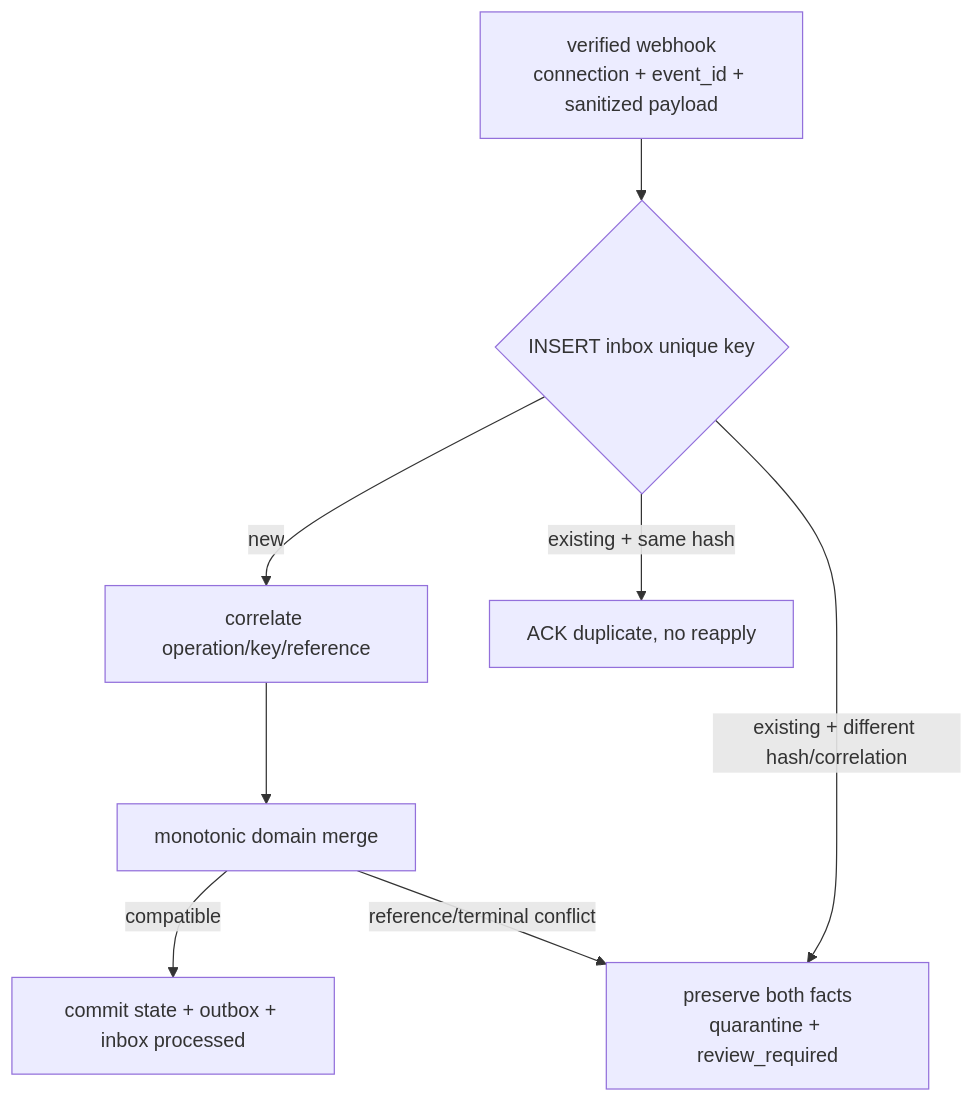
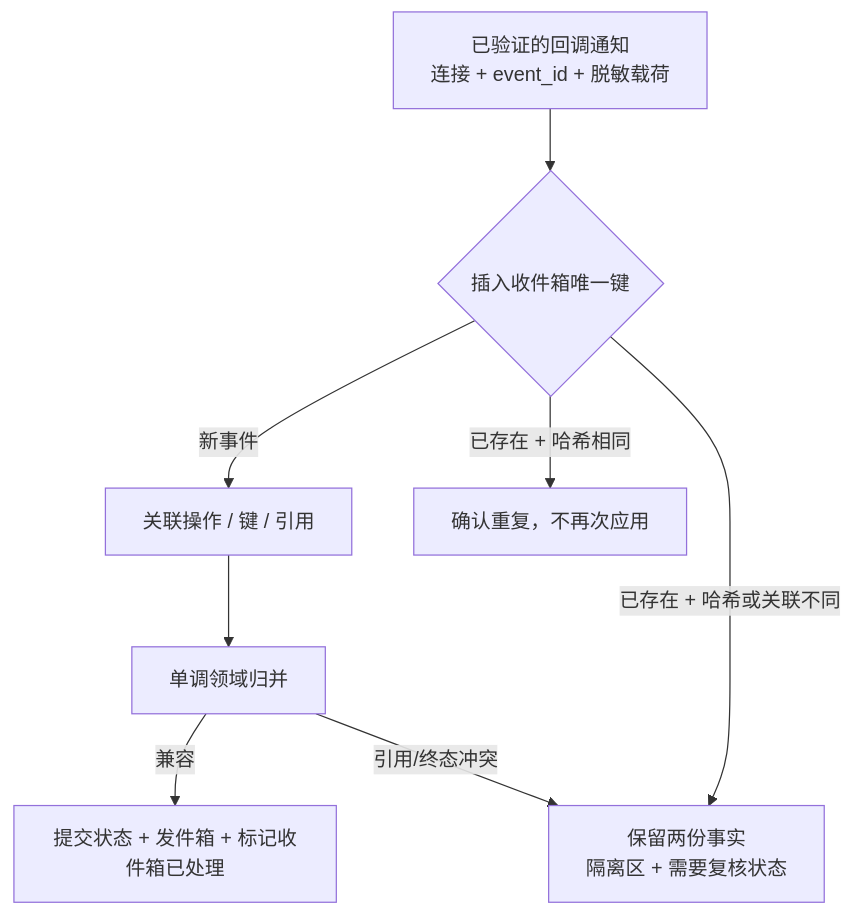
Before and after one commit to YouEclipse/Designing-Modern-Payment-Systems: the fifth of 5 diagrams in part-3-reliability/idempotency.md, drawn with Mermaid. The commit also changed other lines of this file and 59 other files, not shown here.

````diff
--- a/part-3-reliability/idempotency.md
+++ b/part-3-reliability/idempotency.md
@@ -404,10 +404,10 @@
 ```mermaid
 flowchart TB
-    Receive["verified webhook<br/>connection + event_id + sanitized payload"] --> Claim{"INSERT inbox unique key"}
-    Claim -->|"new"| Correlate["correlate operation/key/reference"]
-    Claim -->|"existing + same hash"| Ack["ACK duplicate, no reapply"]
-    Claim -->|"existing + different hash/correlation"| Quarantine["preserve both facts<br/>quarantine + review_required"]
-    Correlate --> Merge["monotonic domain merge"]
-    Merge -->|"compatible"| Commit["commit state + outbox + inbox processed"]
-    Merge -->|"reference/terminal conflict"| Quarantine
+    Receive["已验证的回调通知<br/>连接 + event_id + 脱敏载荷"] --> Claim{"插入收件箱唯一键"}
+    Claim -->|"新事件"| Correlate["关联操作 / 键 / 引用"]
+    Claim -->|"已存在 + 哈希相同"| Ack["确认重复，不再次应用"]
+    Claim -->|"已存在 + 哈希或关联不同"| Quarantine["保留两份事实<br/>隔离区 + 需要复核状态"]
+    Correlate --> Merge["单调领域归并"]
+    Merge -->|"兼容"| Commit["提交状态 + 发件箱 + 标记收件箱已处理"]
+    Merge -->|"引用/终态冲突"| Quarantine
 ```
````
